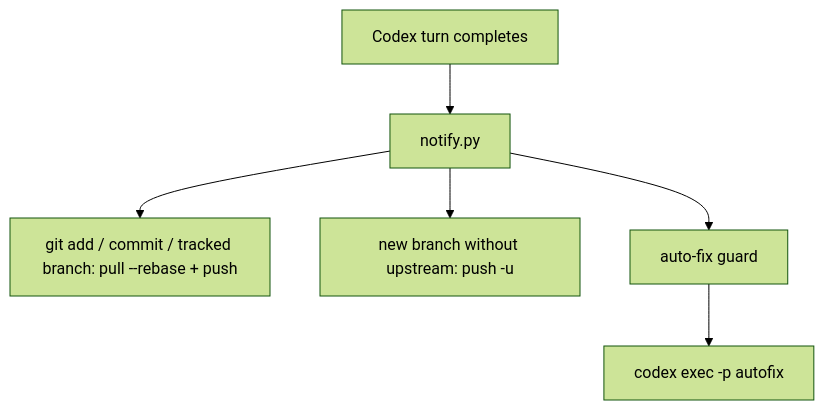
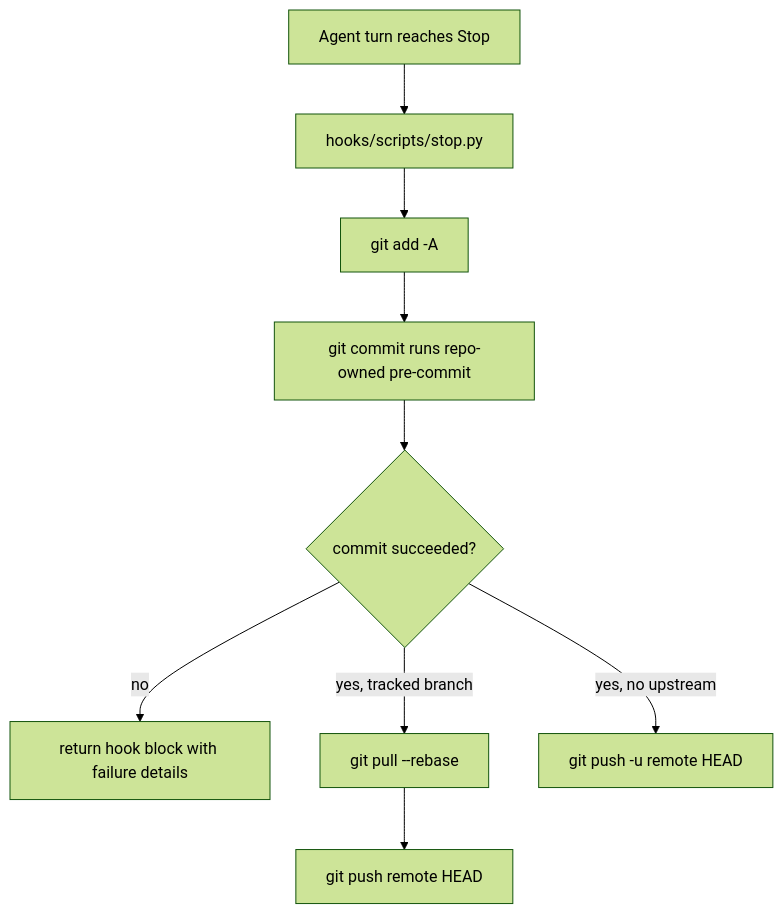
One commit to wisdom-in-a-nutshell/.agents changed the fourth of 5 diagrams in docs/architecture/codex-control-plane-script-flows.md. Above: the diagram before and after it, drawn with Mermaid (forest theme). The commit also changed other lines of this file and 16 other files, not shown here.

````diff
--- a/docs/architecture/codex-control-plane-script-flows.md
+++ b/docs/architecture/codex-control-plane-script-flows.md
@@ -130,8 +130,11 @@
 ```mermaid
 flowchart TD
-    A[Codex turn completes] --> B[notify.py]
-    B --> C[git add / commit / tracked branch: pull --rebase + push]
-    B --> D1[new branch without upstream: push -u]
-    B --> D[auto-fix guard]
-    D --> E[codex exec -p autofix]
+    A[Agent turn reaches Stop] --> B[hooks/scripts/stop.py]
+    B --> C[git add -A]
+    C --> D[git commit runs repo-owned pre-commit]
+    D --> E{commit succeeded?}
+    E -->|no| F[return hook block with failure details]
+    E -->|yes, tracked branch| G[git pull --rebase]
+    G --> H[git push remote HEAD]
+    E -->|yes, no upstream| I[git push -u remote HEAD]
 ```
````
